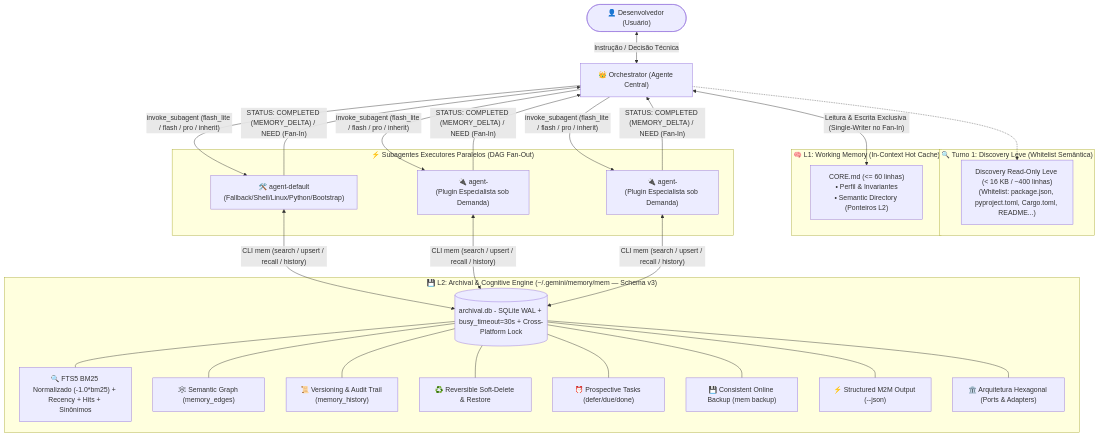
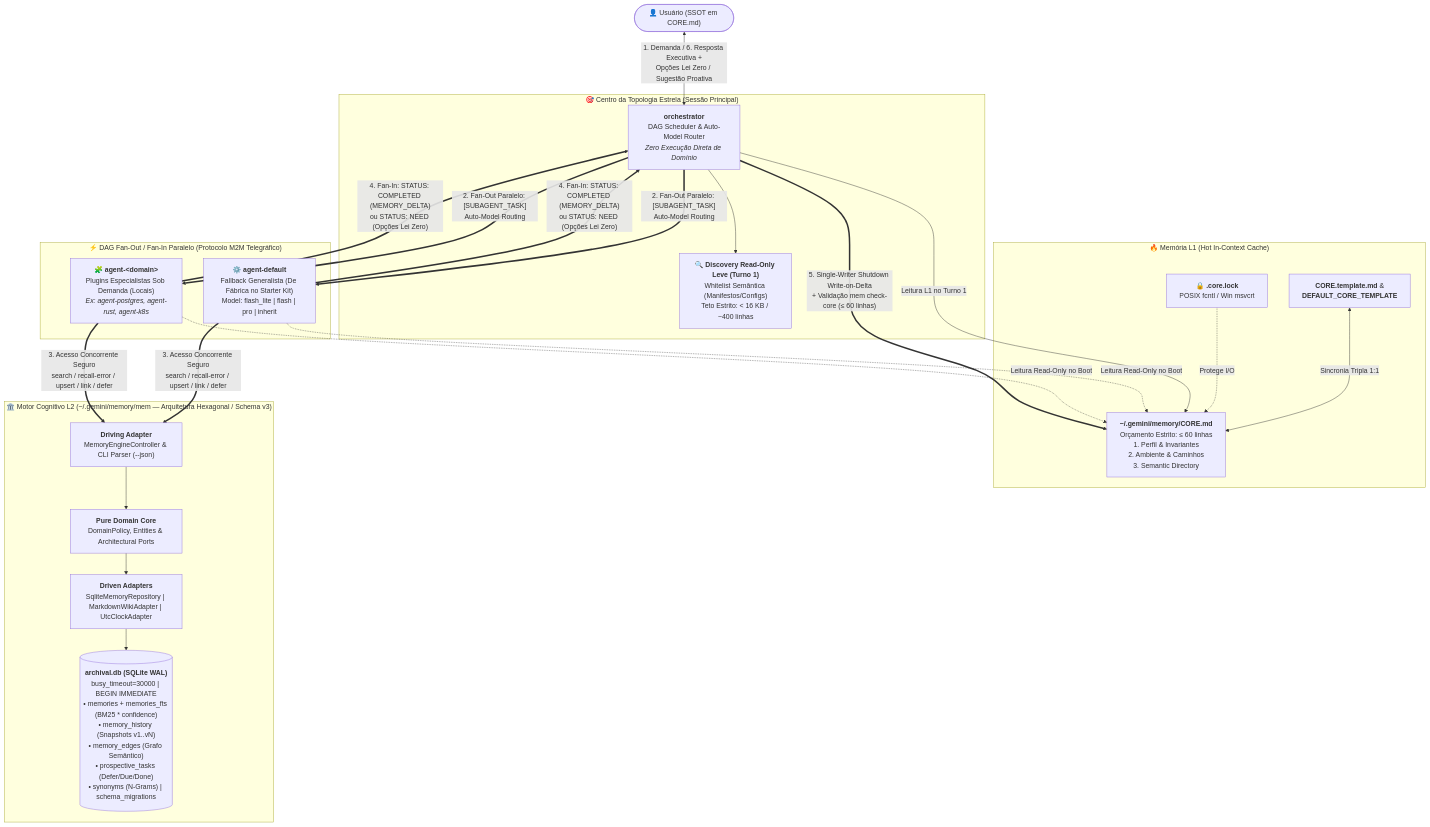
Before and after one commit to passella/antigravity-star-orchestrator: the first of 3 diagrams in README.md, drawn with Mermaid. The commit also changed other lines of this file, not shown here.

````diff
--- a/README.md
+++ b/README.md
@@ -50,54 +128,42 @@
 ```mermaid
-flowchart TD
-    User(["👤 Desenvolvedor (Usuário)"]) <-->|"Instrução / Decisão Técnica"| Orch["👑 Orchestrator (Agente Central)"]
-    
-    subgraph Discovery ["🔍 Turno 1: Discovery Leve (Whitelist Semântica)"]
-        DiscoveryCheck["Discovery Read-Only Leve (< 16 KB / ~400 linhas)<br/>(Whitelist: package.json, pyproject.toml, Cargo.toml, README...)"]
+flowchart TB
+    User(["👤 Usuário (SSOT em CORE.md)"])
+
+    subgraph StarCenter["🎯 Centro da Topologia Estrela (Sessão Principal)"]
+        Orch["<b>orchestrator</b><br/>DAG Scheduler & Auto-Model Router<br/><i>Zero Execução Direta de Domínio</i>"]
+        Discovery["🔍 <b>Discovery Read-Only Leve (Turno 1)</b><br/>Whitelist Semântica (Manifestos/Configs)<br/>Teto Estrito: &lt; 16 KB / ~400 linhas"]
+        Orch --> Discovery
     end
-    Orch -.-> DiscoveryCheck
-    
-    subgraph L1_Memory ["🧠 L1: Working Memory (In-Context Hot Cache)"]
-        CoreMD["CORE.md (<= 60 linhas)<br/>• Perfil & Invariantes<br/>• Semantic Directory (Ponteiros L2)"]
+
+    subgraph Tier1["🔥 Memória L1 (Hot In-Context Cache)"]
+        CoreMD["<b>~/.gemini/memory/CORE.md</b><br/>Orçamento Estrito: &le; 60 linhas<br/>1. Perfil &amp; Invariantes<br/>2. Ambiente &amp; Caminhos<br/>3. Semantic Directory"]
+        CoreTpl["<b>CORE.template.md</b> &amp;<br/><b>DEFAULT_CORE_TEMPLATE</b>"]
+        CoreLock["🔒 <b>.core.lock</b><br/>POSIX fcntl / Win msvcrt"]
+        CoreTpl <-->|"Sincronia Tripla 1:1"| CoreMD
+        CoreLock -.->|"Protege I/O"| CoreMD
     end
-    
-    Orch <-->|"Leitura & Escrita Exclusiva (Single-Writer no Fan-In)"| CoreMD
-    
-    subgraph Parallel_Subagents ["⚡ Subagentes Executores Paralelos (DAG Fan-Out)"]
-        DefaultAgent["🛠️ agent-default<br/>(Fallback/Shell/Linux/Python/Bootstrap)"]
-        DomainAgentA["🔌 agent-<domain-a><br/>(Plugin Especialista sob Demanda)"]
-        DomainAgentB["🔌 agent-<domain-b><br/>(Plugin Especialista sob Demanda)"]
+
+    subgraph DAGFanOut["⚡ DAG Fan-Out / Fan-In Paralelo (Protocolo M2M Telegráfico)"]
+        SubDefault["⚙️ <b>agent-default</b><br/>Fallback Generalista (De Fábrica no Starter Kit)<br/>Model: flash_lite | flash | pro | inherit"]
+        SubDomain["🧩 <b>agent-&lt;domain&gt;</b><br/>Plugins Especialistas Sob Demanda (Locais)<br/><i>Ex: agent-postgres, agent-rust, agent-k8s</i>"]
     end
-    
-    Orch -->|"invoke_subagent (flash_lite / flash / pro / inherit)"| DefaultAgent
-    Orch -->|"invoke_subagent (flash_lite / flash / pro / inherit)"| DomainAgentA
-    Orch -->|"invoke_subagent (flash_lite / flash / pro / inherit)"| DomainAgentB
-    
-    DefaultAgent -->|"STATUS: COMPLETED (MEMORY_DELTA) / NEED (Fan-In)"| Orch
-    DomainAgentA -->|"STATUS: COMPLETED (MEMORY_DELTA) / NEED (Fan-In)"| Orch
-    DomainAgentB -->|"STATUS: COMPLETED (MEMORY_DELTA) / NEED (Fan-In)"| Orch
-    
-    subgraph L2_Memory ["💾 L2: Archival & Cognitive Engine (~/.gemini/memory/mem — Schema v3)"]
-        DB[(archival.db - SQLite WAL + busy_timeout=30s + Cross-Platform Lock)]
-        FTS5Engine["🔍 FTS5 BM25 Normalizado (-1.0*bm25) + Recency + Hits + Sinônimos"]
-        GraphEngine["🕸️ Semantic Graph (memory_edges)"]
-        VersionEngine["📜 Versioning & Audit Trail (memory_history)"]
-        SoftDeleteEngine["♻️ Reversible Soft-Delete & Restore"]
-        ProspEngine["⏰ Prospective Tasks (defer/due/done)"]
-        OnlineBackup["💾 Consistent Online Backup (mem backup)"]
-        JSONApi["⚡ Structured M2M Output (--json)"]
-        HexArch["🏛️ Arquitetura Hexagonal (Ports & Adapters)"]
+
+    subgraph Tier2["🏛️ Motor Cognitivo L2 (~/.gemini/memory/mem — Arquitetura Hexagonal / Schema v3)"]
+        Controller["<b>Driving Adapter</b><br/>MemoryEngineController &amp; CLI Parser (--json)"]
+        Domain["<b>Pure Domain Core</b><br/>DomainPolicy, Entities &amp; Architectural Ports"]
+        Repo["<b>Driven Adapters</b><br/>SqliteMemoryRepository | MarkdownWikiAdapter | UtcClockAdapter"]
+        DB[("<b>archival.db (SQLite WAL)</b><br/>busy_timeout=30000 | BEGIN IMMEDIATE<br/>• memories + memories_fts (BM25 * confidence)<br/>• memory_history (Snapshots v1..vN)<br/>• memory_edges (Grafo Semântico)<br/>• prospective_tasks (Defer/Due/Done)<br/>• synonyms (N-Grams) | schema_migrations")]
+
+        Controller --> Domain
+        Domain --> Repo
+        Repo --> DB
     end
-    
-    DefaultAgent <-->|"CLI mem (search / upsert / recall / history)"| DB
-    DomainAgentA <-->|"CLI mem (search / upsert / recall / history)"| DB
-    DomainAgentB <-->|"CLI mem (search / upsert / recall / history)"| DB
-    
-    DB --- FTS5Engine
-    DB --- GraphEngine
-    DB --- VersionEngine
-    DB --- SoftDeleteEngine
-    DB --- ProspEngine
-    DB --- OnlineBackup
-    DB --- JSONApi
-    DB --- HexArch
+
+    User <-->|"1. Demanda / 6. Resposta Executiva +<br/>Opções Lei Zero / Sugestão Proativa"| Orch
+    Orch -->|"Leitura L1 no Turno 1"| CoreMD
+    Orch ==>|"2. Fan-Out Paralelo: [SUBAGENT_TASK]<br/>Auto-Model Routing"| SubDefault & SubDomain
+    SubDefault & SubDomain -.->|"Leitura Read-Only no Boot"| CoreMD
+    SubDefault & SubDomain ==>|"3. Acesso Concorrente Seguro<br/>search / recall-error / upsert / link / defer"| Controller
+    SubDefault & SubDomain ==>|"4. Fan-In: STATUS: COMPLETED (MEMORY_DELTA)<br/>ou STATUS: NEED (Opções Lei Zero)"| Orch
+    Orch ==>|"5. Single-Writer Shutdown Write-on-Delta<br/>+ Validação mem check-core (&le; 60 linhas)"| CoreMD
 ```
````
